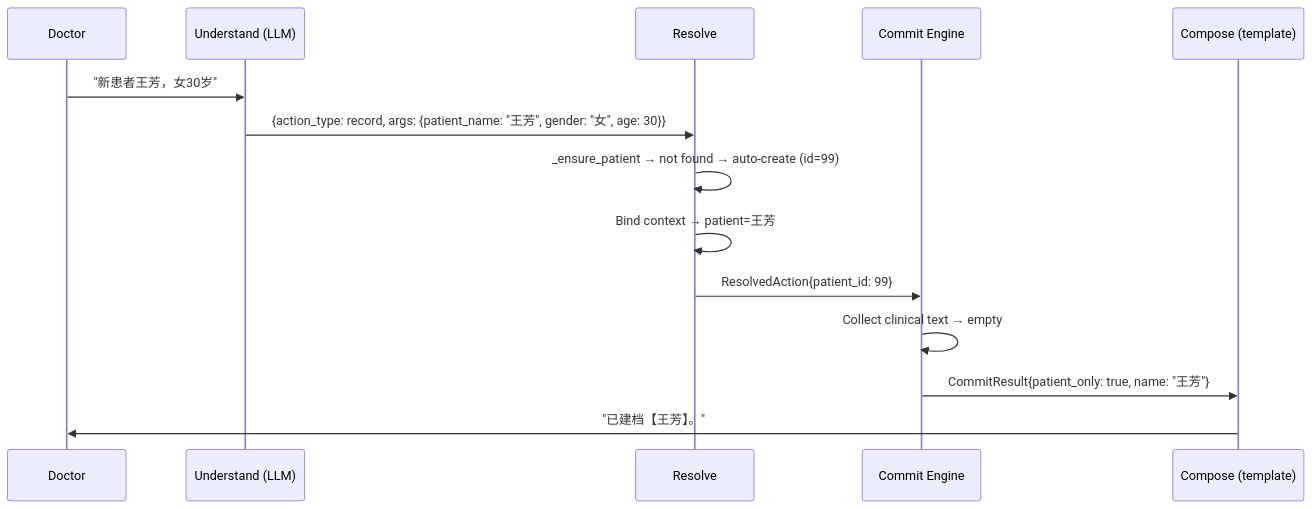
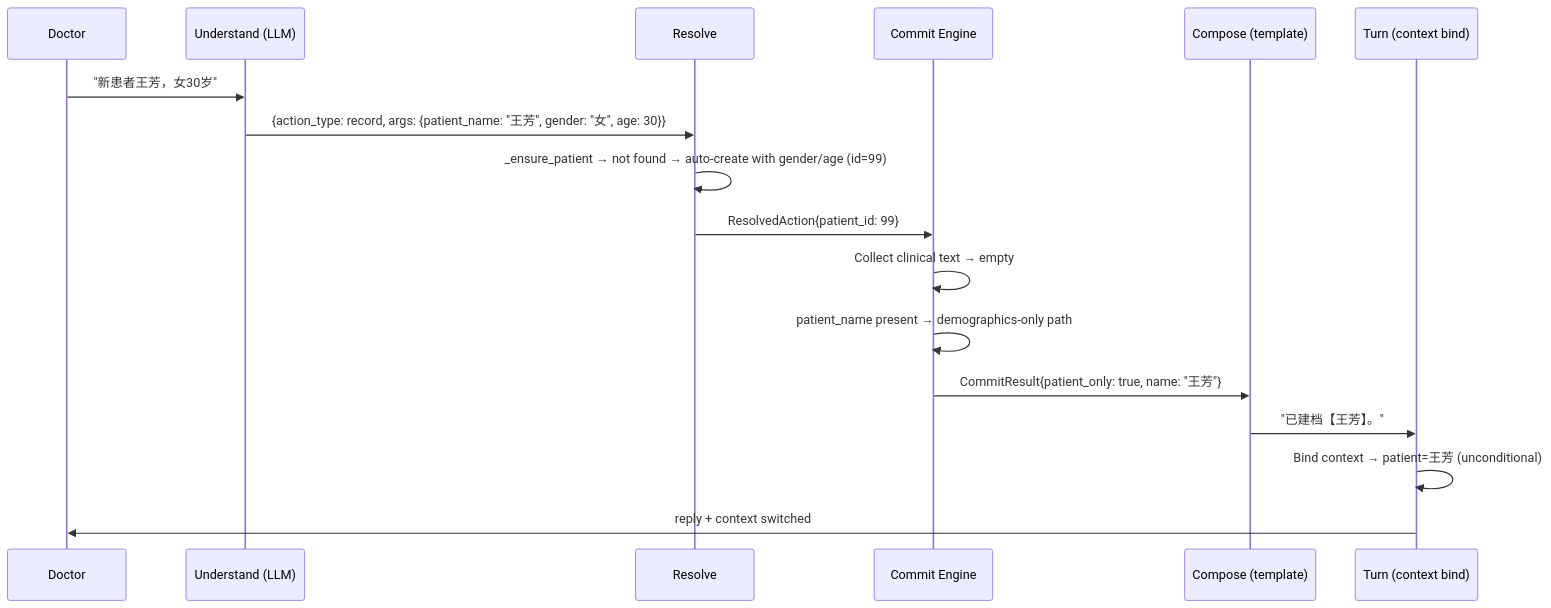
Before and after one commit to moments8890/doctor-ai-agent: the sixth of 11 diagrams in docs/adr/0013-architecture-diagram.md, drawn with Mermaid. The commit also changed other lines of this file, not shown here.

First line of the commit message:
docs: rewrite ADR 0013 diagrams to match ADR decisions

````diff
--- a/docs/adr/0013-architecture-diagram.md
+++ b/docs/adr/0013-architecture-diagram.md
@@ -154,17 +180,20 @@
 ```mermaid
 sequenceDiagram
     participant D as Doctor
     participant U as Understand (LLM)
     participant R as Resolve
     participant CE as Commit Engine
     participant Co as Compose (template)
+    participant T as Turn (context bind)
 
     D->>U: "新患者王芳，女30岁"
     U->>R: {action_type: record, args: {patient_name: "王芳", gender: "女", age: 30}}
-    R->>R: _ensure_patient → not found → auto-create (id=99)
-    R->>R: Bind context → patient=王芳
+    R->>R: _ensure_patient → not found → auto-create with gender/age (id=99)
     R->>CE: ResolvedAction{patient_id: 99}
     CE->>CE: Collect clinical text → empty
+    CE->>CE: patient_name present → demographics-only path
     CE->>Co: CommitResult{patient_only: true, name: "王芳"}
-    Co->>D: "已建档【王芳】。"
+    Co->>T: "已建档【王芳】。"
+    T->>T: Bind context → patient=王芳 (unconditional)
+    T->>D: reply + context switched
 ```
````
